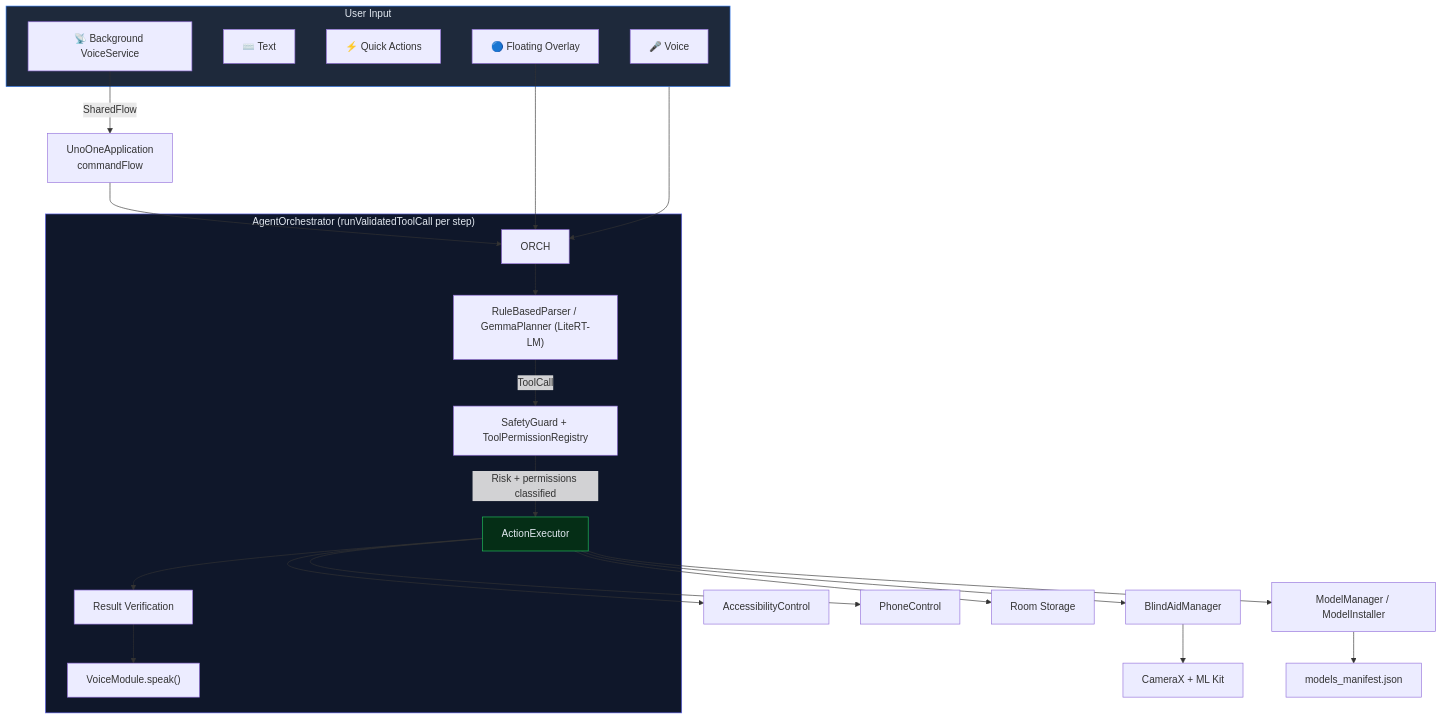
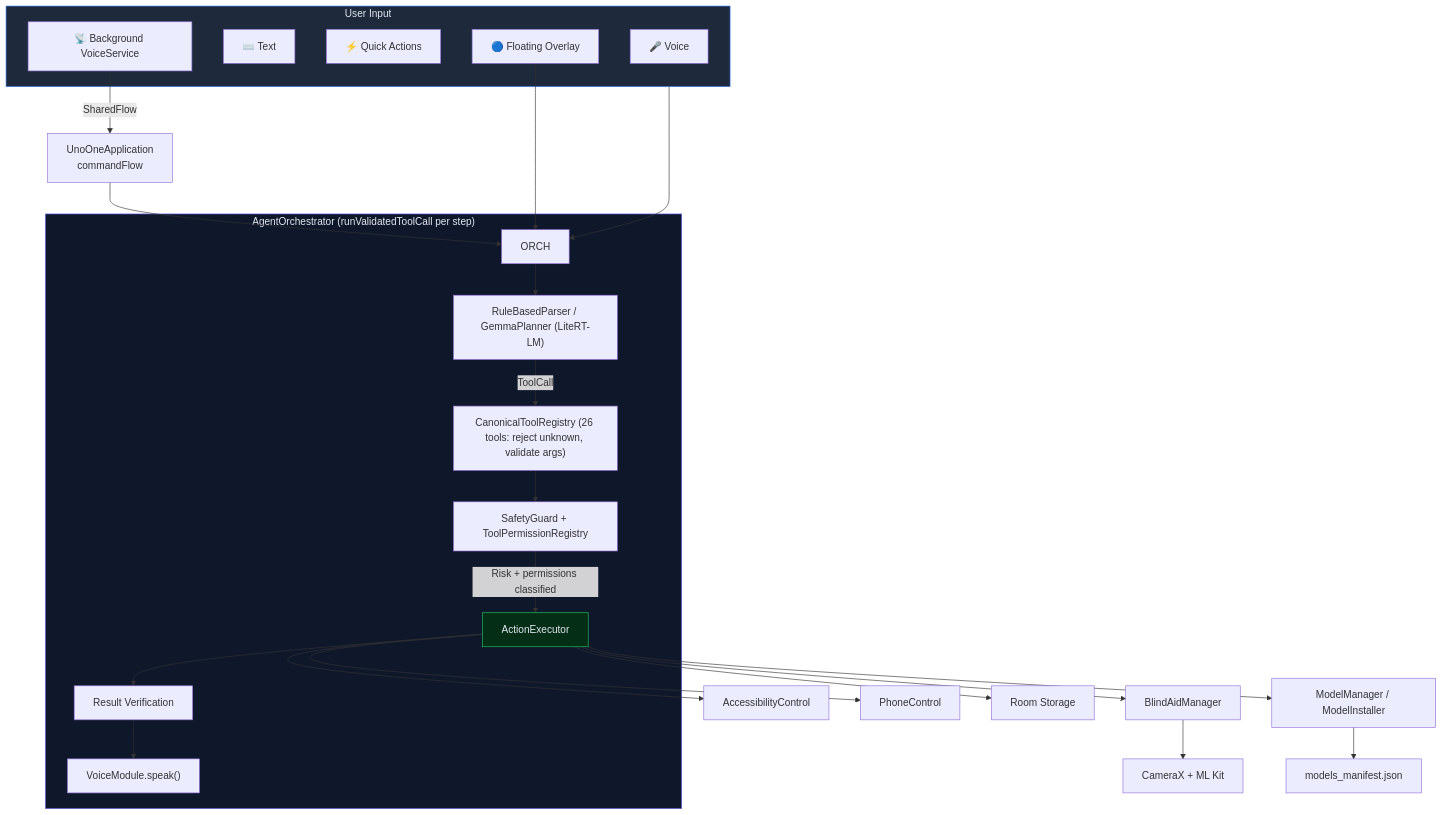
The diagram in README.md (inbharatai/UnoOne-Local-Agent), drawn with Mermaid before and after one commit. The commit also changed other lines of this file and 53 other files, not shown here.

````diff
--- a/README.md
+++ b/README.md
@@ -95,38 +95,39 @@
 ```mermaid
 flowchart TB
     subgraph Entry["User Input"]
         V["🎤 Voice"]
         T["⌨️ Text"]
         QA["⚡ Quick Actions"]
         OV["🔵 Floating Overlay"]
         BG["📡 Background VoiceService"]
     end
 
     Entry --> ORCH
 
     subgraph Core["AgentOrchestrator (runValidatedToolCall per step)"]
         ORCH --> PARSER["RuleBasedParser / GemmaPlanner (LiteRT-LM)"]
-        PARSER -->|ToolCall| SAFETY["SafetyGuard + ToolPermissionRegistry"]
+        PARSER -->|ToolCall| CANON["CanonicalToolRegistry (26 tools: reject unknown, validate args)"]
+        CANON --> SAFETY["SafetyGuard + ToolPermissionRegistry"]
         SAFETY -->|Risk + permissions classified| EXEC["ActionExecutor"]
         EXEC --> VERIFY["Result Verification"]
         VERIFY --> SPEAK["VoiceModule.speak()"]
     end
 
     EXEC --> ACCESS["AccessibilityControl"]
     EXEC --> PHONE["PhoneControl"]
     EXEC --> STORE["Room Storage"]
     EXEC --> BLIND["BlindAidManager"]
     EXEC --> MODELS["ModelManager / ModelInstaller"]
 
     BLIND --> CAM["CameraX + ML Kit"]
     MODELS --> MANIFEST["models_manifest.json"]
 
     BG -->|SharedFlow| RX["UnoOneApplication<br/>commandFlow"]
     RX --> ORCH
 
     OV --> ORCH
 
     style Entry fill:#1e293b,stroke:#3b82f6,color:#e2e8f0
     style Core fill:#0f172a,stroke:#6366f1,color:#e2e8f0
     style EXEC fill:#052e16,stroke:#22c55e,color:#e2e8f0
 ```
````
